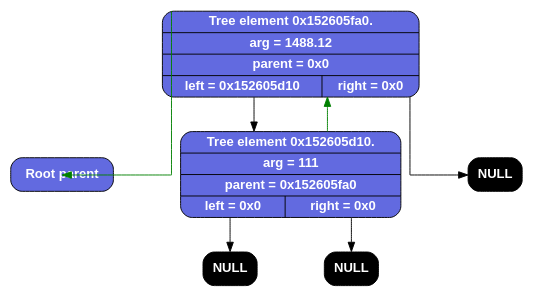
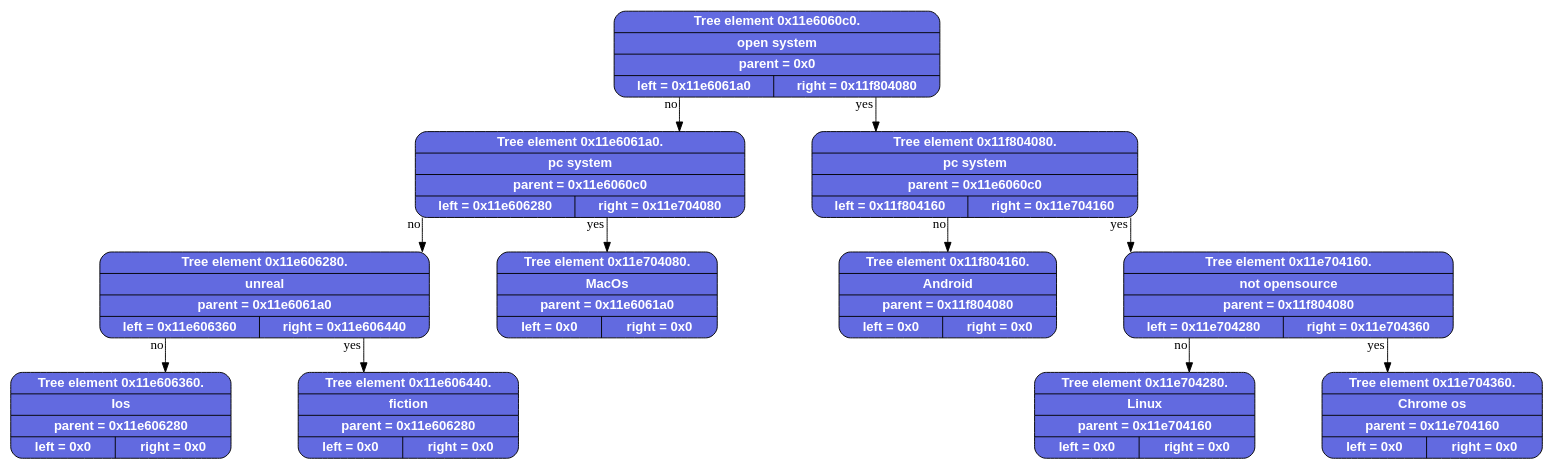
The diagram in Tree.gv (tikuznezov/Akinator_Tree), drawn with Graphviz before and after one commit. The commit also changed 21 other files, not shown here.

```diff
--- a/Tree.gv
+++ b/Tree.gv
@@ -1,22 +1,38 @@
 
 
-digraph main {
+digraph TreeVerifyDEF {
 rankdir=TB; splines=ortho; nodesep = 1; bgcolor="#FFFFFF";
 node [shape = Mrecord, style = filled, fillcolor = "#626ae0", fontcolor = "#ffffff", fontname="Helvetica-Bold"];
 
-# ZERO NODE
-	n0x0 [label="Root parent"];
+	n0x11e6060c0 [label="{Tree element 0x11e6060c0.| open system | parent = 0x0 |{ left = 0x11e6061a0 | right = 0x11f804080 }}"];
+	n0x11e6060c0 -> n0x11e6061a0 [taillabel = "no"];
+	n0x11e6060c0 -> n0x11f804080 [taillabel = "yes"];
 
-	n0x152605fa0 [label="{Tree element 0x152605fa0.| arg = 1488.12  | parent = 0x0 |{ left = 0x152605d10 | right = 0x0 }}"];
-	n0x152605fa0:n -> n0x0:s [color = green];
-	n0x152605fa0 -> n0x152605d10;
-	NULL_R_0x152605fa0 [label="NULL", fillcolor = "#000000"];
-	n0x152605fa0 -> NULL_R_0x152605fa0;
+	n0x11e6061a0 [label="{Tree element 0x11e6061a0.| pc system | parent = 0x11e6060c0 |{ left = 0x11e606280 | right = 0x11e704080 }}"];
+	n0x11e6061a0 -> n0x11e606280 [taillabel = "no"];
+	n0x11e6061a0 -> n0x11e704080 [taillabel = "yes"];
 
-	n0x152605d10 [label="{Tree element 0x152605d10.| arg = 111      | parent = 0x152605fa0 |{ left = 0x0 | right = 0x0 }}"];
-	n0x152605d10:n -> n0x152605fa0:s [color = green];
-	NULL_L_0x152605d10 [label="NULL", fillcolor = "#000000"];
-	n0x152605d10 -> NULL_L_0x152605d10;
-	NULL_R_0x152605d10 [label="NULL", fillcolor = "#000000"];
-	n0x152605d10 -> NULL_R_0x152605d10;
+	n0x11e606280 [label="{Tree element 0x11e606280.| unreal | parent = 0x11e6061a0 |{ left = 0x11e606360 | right = 0x11e606440 }}"];
+	n0x11e606280 -> n0x11e606360 [taillabel = "no"];
+	n0x11e606280 -> n0x11e606440 [taillabel = "yes"];
+
+	n0x11e606360 [label="{Tree element 0x11e606360.| Ios | parent = 0x11e606280 |{ left = 0x0 | right = 0x0 }}"];
+
+	n0x11e606440 [label="{Tree element 0x11e606440.| fiction | parent = 0x11e606280 |{ left = 0x0 | right = 0x0 }}"];
+
+	n0x11e704080 [label="{Tree element 0x11e704080.| MacOs | parent = 0x11e6061a0 |{ left = 0x0 | right = 0x0 }}"];
+
+	n0x11f804080 [label="{Tree element 0x11f804080.| pc system | parent = 0x11e6060c0 |{ left = 0x11f804160 | right = 0x11e704160 }}"];
+	n0x11f804080 -> n0x11f804160 [taillabel = "no"];
+	n0x11f804080 -> n0x11e704160 [taillabel = "yes"];
+
+	n0x11f804160 [label="{Tree element 0x11f804160.| Android | parent = 0x11f804080 |{ left = 0x0 | right = 0x0 }}"];
+
+	n0x11e704160 [label="{Tree element 0x11e704160.| not opensource | parent = 0x11f804080 |{ left = 0x11e704280 | right = 0x11e704360 }}"];
+	n0x11e704160 -> n0x11e704280 [taillabel = "no"];
+	n0x11e704160 -> n0x11e704360 [taillabel = "yes"];
+
+	n0x11e704280 [label="{Tree element 0x11e704280.| Linux | parent = 0x11e704160 |{ left = 0x0 | right = 0x0 }}"];
+
+	n0x11e704360 [label="{Tree element 0x11e704360.| Chrome os | parent = 0x11e704160 |{ left = 0x0 | right = 0x0 }}"];
 }
```
